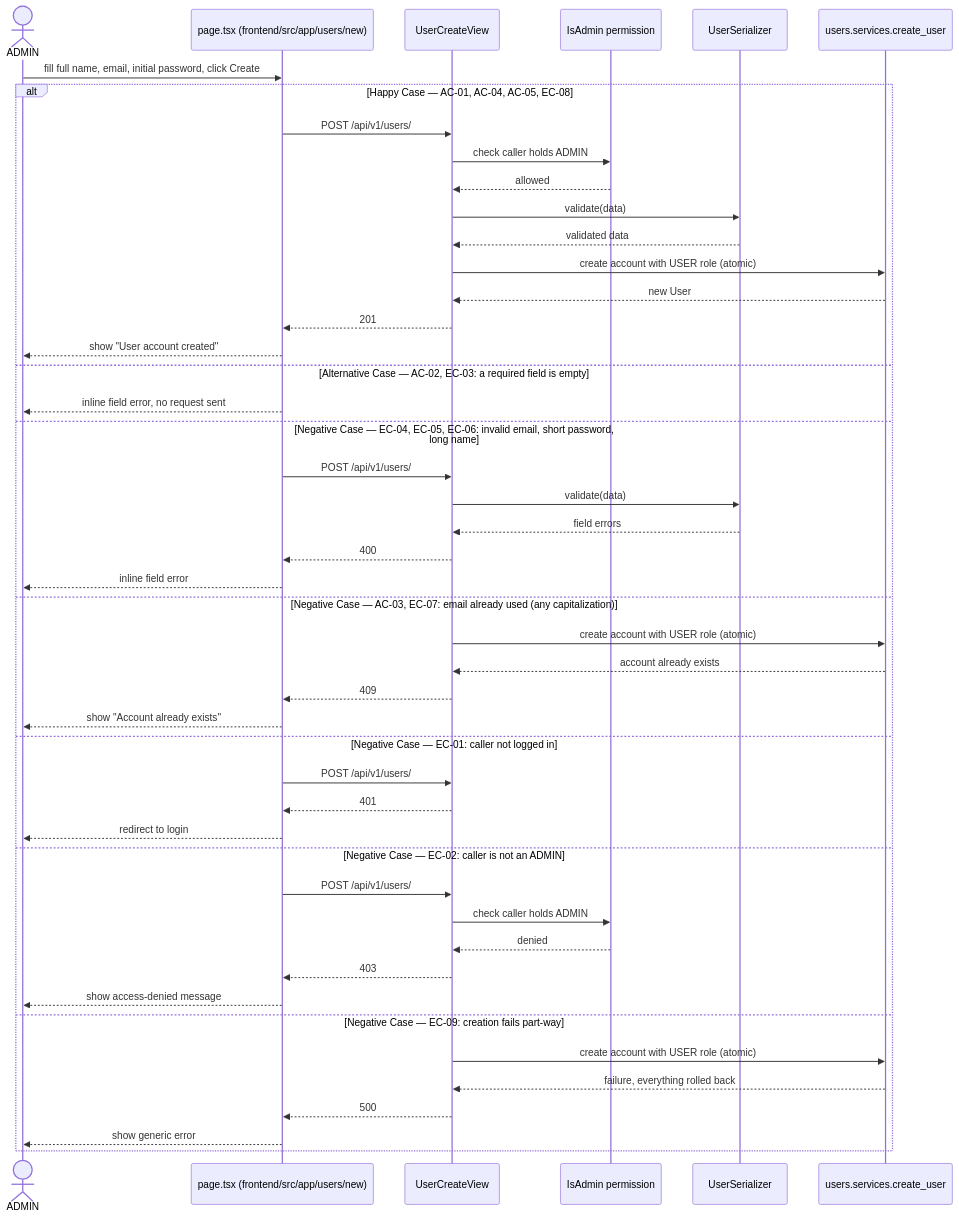
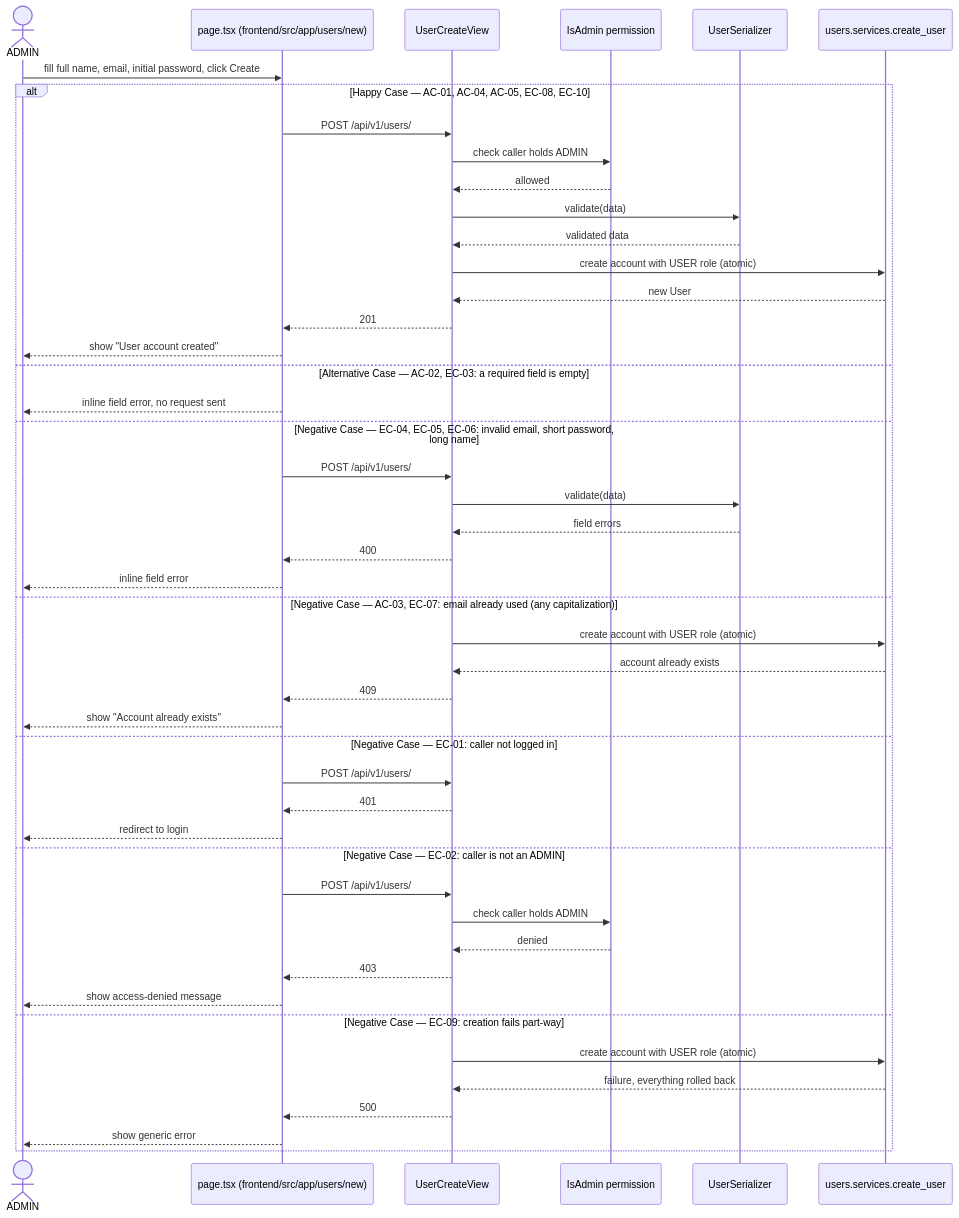
One commit to homertruong66/pfm changed the diagram in specs/002-user-management/plan.md. Above: the diagram before and after it, drawn with Mermaid. The commit also changed other lines of this file and 8 other files, not shown here.

````diff
--- a/specs/002-user-management/plan.md
+++ b/specs/002-user-management/plan.md
@@ -136,51 +136,51 @@
 ```mermaid
 sequenceDiagram
     actor Admin as ADMIN
     participant FE as page.tsx (frontend/src/app/users/new)
     participant View as UserCreateView
     participant Perm as IsAdmin permission
     participant Ser as UserSerializer
     participant Svc as users.services.create_user
 
     Admin->>FE: fill full name, email, initial password, click Create
 
-    alt Happy Case — AC-01, AC-04, AC-05, EC-08
+    alt Happy Case — AC-01, AC-04, AC-05, EC-08, EC-10
         FE->>View: POST /api/v1/users/
         View->>Perm: check caller holds ADMIN
         Perm-->>View: allowed
         View->>Ser: validate(data)
         Ser-->>View: validated data
         View->>Svc: create account with USER role (atomic)
         Svc-->>View: new User
         View-->>FE: 201
         FE-->>Admin: show "User account created"
     else Alternative Case — AC-02, EC-03: a required field is empty
         FE-->>Admin: inline field error, no request sent
     else Negative Case — EC-04, EC-05, EC-06: invalid email, short password, long name
         FE->>View: POST /api/v1/users/
         View->>Ser: validate(data)
         Ser-->>View: field errors
         View-->>FE: 400
         FE-->>Admin: inline field error
     else Negative Case — AC-03, EC-07: email already used (any capitalization)
         View->>Svc: create account with USER role (atomic)
         Svc-->>View: account already exists
         View-->>FE: 409
         FE-->>Admin: show "Account already exists"
     else Negative Case — EC-01: caller not logged in
         FE->>View: POST /api/v1/users/
         View-->>FE: 401
         FE-->>Admin: redirect to login
     else Negative Case — EC-02: caller is not an ADMIN
         FE->>View: POST /api/v1/users/
         View->>Perm: check caller holds ADMIN
         Perm-->>View: denied
         View-->>FE: 403
         FE-->>Admin: show access-denied message
     else Negative Case — EC-09: creation fails part-way
         View->>Svc: create account with USER role (atomic)
         Svc-->>View: failure, everything rolled back
         View-->>FE: 500
         FE-->>Admin: show generic error
     end
 ```
````
